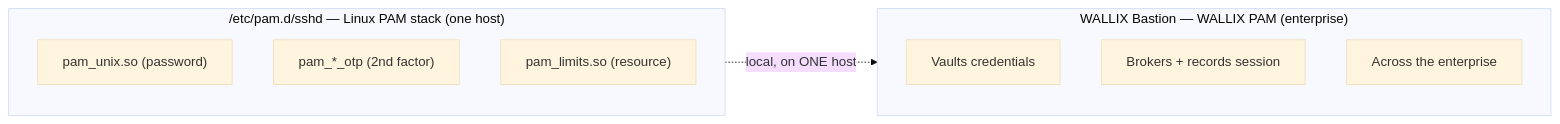
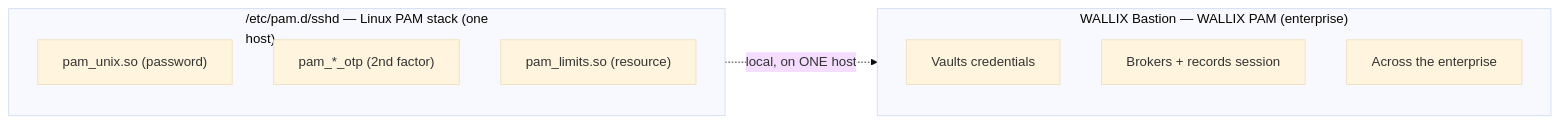
Before and after one commit to morandeirachema/WallixCerts: the third of 3 diagrams in prerequisites/linux-essentials-for-pam.md, drawn with Mermaid (base theme). The commit also changed 37 other files, not shown here.

First line of the commit message:
Make Mermaid node boxes fit their text (wrap long labels) + enforce it

````diff
--- a/prerequisites/linux-essentials-for-pam.md
+++ b/prerequisites/linux-essentials-for-pam.md
@@ -294,14 +294,14 @@
 ```mermaid
 flowchart LR
-    subgraph LPAM["/etc/pam.d/sshd — Linux PAM stack (one host)"]
+    subgraph LPAM["/etc/pam.d/sshd — Linux PAM stack (one<br/>host)"]
         A["pam_unix.so (password)"]
         B["pam_*_otp (2nd factor)"]
         C["pam_limits.so (resource)"]
     end
     subgraph WPAM["WALLIX Bastion — WALLIX PAM (enterprise)"]
         D["Vaults credentials"]
         E["Brokers + records session"]
         F["Across the enterprise"]
     end
     LPAM -.->|"local, on ONE host"| WPAM
 ```
````
